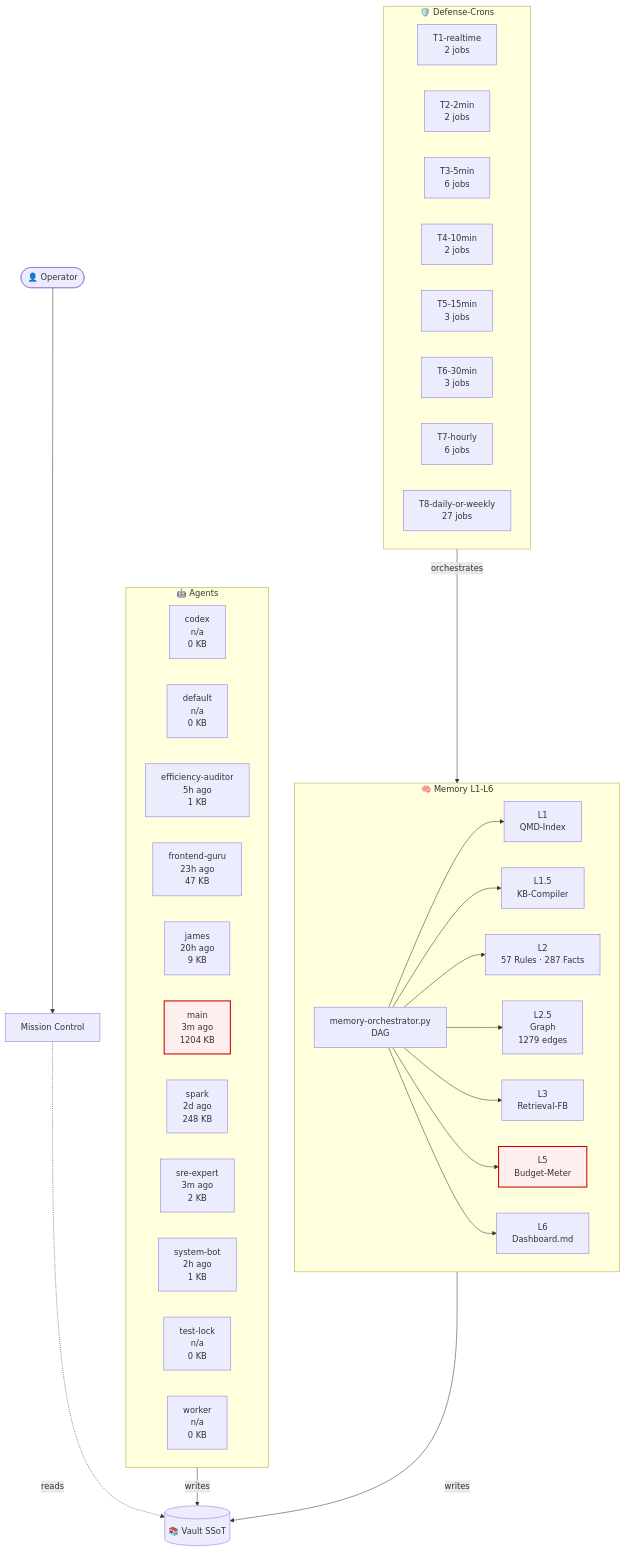
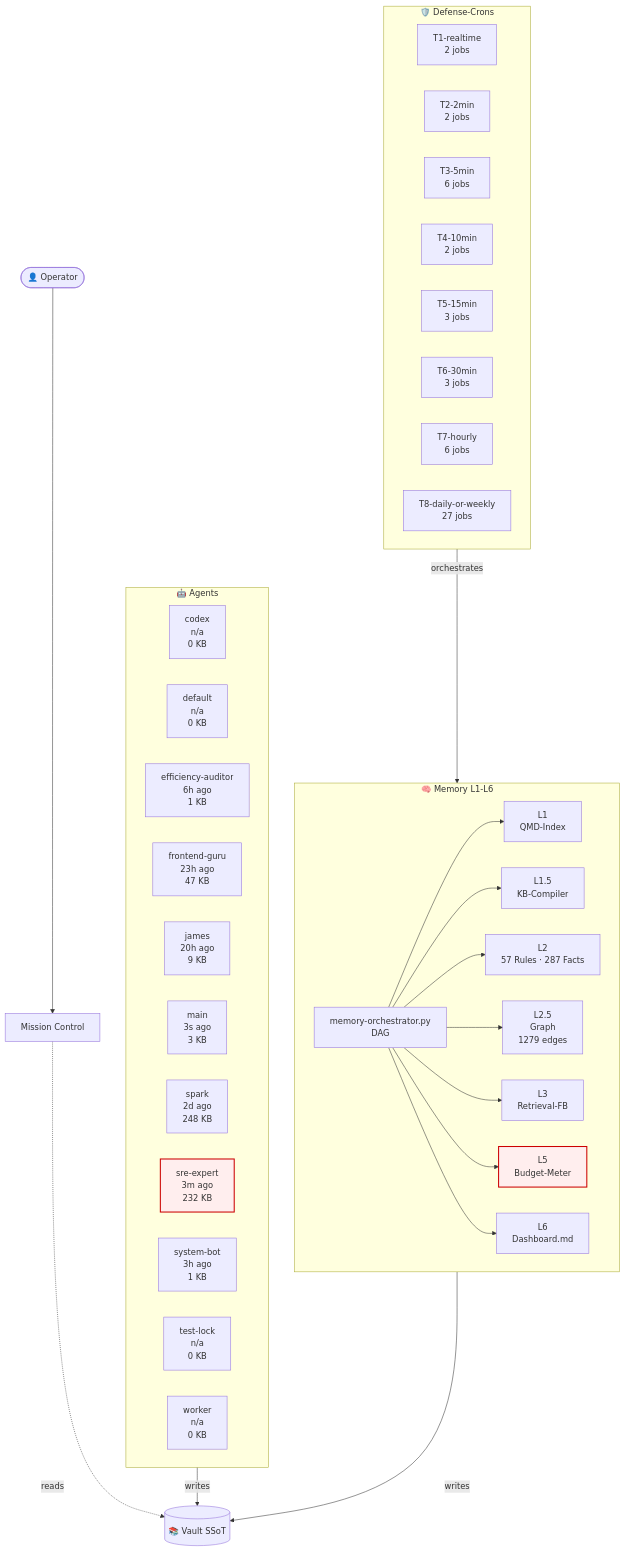
One commit to lenardhuebner88-rgb/openclaw-memory changed the diagram in 03-Agents/architecture-live.md. Above: the diagram before and after it, drawn with Mermaid. The commit also changed other lines of this file and 17 other files, not shown here.

````diff
--- a/03-Agents/architecture-live.md
+++ b/03-Agents/architecture-live.md
@@ -18,54 +18,54 @@
 ```mermaid
 flowchart TB
     classDef critical fill:#fee,stroke:#c00,stroke-width:2px;
     subgraph AGT["🤖 Agents"]
         agent_codex["codex<br/>n/a<br/>0 KB"]
         agent_default["default<br/>n/a<br/>0 KB"]
-        agent_efficiency_auditor["efficiency-auditor<br/>5h ago<br/>1 KB"]
+        agent_efficiency_auditor["efficiency-auditor<br/>6h ago<br/>1 KB"]
         agent_frontend_guru["frontend-guru<br/>23h ago<br/>47 KB"]
         agent_james["james<br/>20h ago<br/>9 KB"]
-        agent_main["main<br/>3m ago<br/>1204 KB"]
+        agent_main["main<br/>3s ago<br/>3 KB"]
         agent_spark["spark<br/>2d ago<br/>248 KB"]
-        agent_sre_expert["sre-expert<br/>3m ago<br/>2 KB"]
-        agent_system_bot["system-bot<br/>2h ago<br/>1 KB"]
+        agent_sre_expert["sre-expert<br/>3m ago<br/>232 KB"]
+        agent_system_bot["system-bot<br/>3h ago<br/>1 KB"]
         agent_test_lock["test-lock<br/>n/a<br/>0 KB"]
         agent_worker["worker<br/>n/a<br/>0 KB"]
     end
     subgraph MEM["🧠 Memory L1-L6"]
         L1["L1<br/>QMD-Index"]
         L15["L1.5<br/>KB-Compiler"]
         L2["L2<br/>57 Rules · 287 Facts"]
         L25["L2.5<br/>Graph<br/>1279 edges"]
         L3["L3<br/>Retrieval-FB"]
         L5["L5<br/>Budget-Meter"]
         L6["L6<br/>Dashboard.md"]
         ORCH["memory-orchestrator.py<br/>DAG"]
     end
     subgraph CRN["🛡️ Defense-Crons"]
         tier_T1_realtime["T1-realtime<br/>2 jobs"]
         tier_T2_2min["T2-2min<br/>2 jobs"]
         tier_T3_5min["T3-5min<br/>6 jobs"]
         tier_T4_10min["T4-10min<br/>2 jobs"]
         tier_T5_15min["T5-15min<br/>3 jobs"]
         tier_T6_30min["T6-30min<br/>3 jobs"]
         tier_T7_hourly["T7-hourly<br/>6 jobs"]
         tier_T8_daily_or_weekly["T8-daily-or-weekly<br/>27 jobs"]
     end
     VAULT[("📚 Vault SSoT")]
     OP([👤 Operator])
     MC["Mission Control"]
     OP --> MC
     MC -.reads.-> VAULT
     AGT -->|writes| VAULT
     MEM -->|writes| VAULT
     ORCH --> L1
     ORCH --> L15
     ORCH --> L2
     ORCH --> L25
     ORCH --> L3
     ORCH --> L5
     ORCH --> L6
     CRN -->|orchestrates| MEM
     class L5 critical
-    class agent_main critical
+    class agent_sre_expert critical
 ```
````
